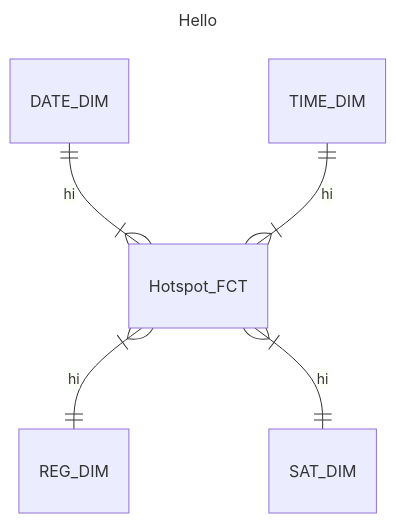
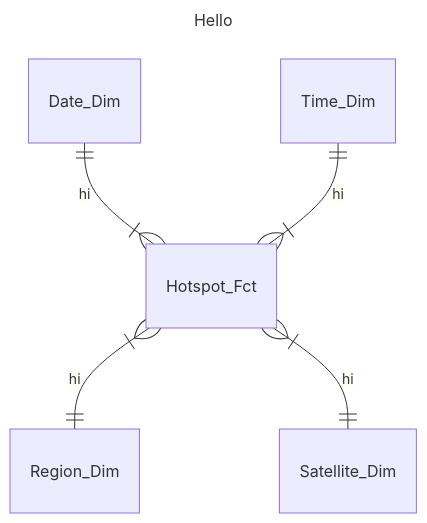
The second of 2 diagrams in README.md (El-Manaa/wildfire-etl-platform), drawn with Mermaid before and after one commit. The commit also changed other lines of this file, not shown here.

````diff
--- a/README.md
+++ b/README.md
@@ -60,10 +60,10 @@
 ```mermaid
 ---
     title: Hello
 ---
 erDiagram
-    DATE_DIM ||--|{ Hotspot_FCT : hi
-    TIME_DIM ||--|{ Hotspot_FCT : hi
-    Hotspot_FCT }|--|| REG_DIM : hi
-    Hotspot_FCT }|--|| SAT_DIM : hi
+    Date_Dim ||--|{ Hotspot_Fct : hi
+    Time_Dim ||--|{ Hotspot_Fct : hi
+    Hotspot_Fct }|--|| Region_Dim : hi
+    Hotspot_Fct }|--|| Satellite_Dim : hi
 ```
````
